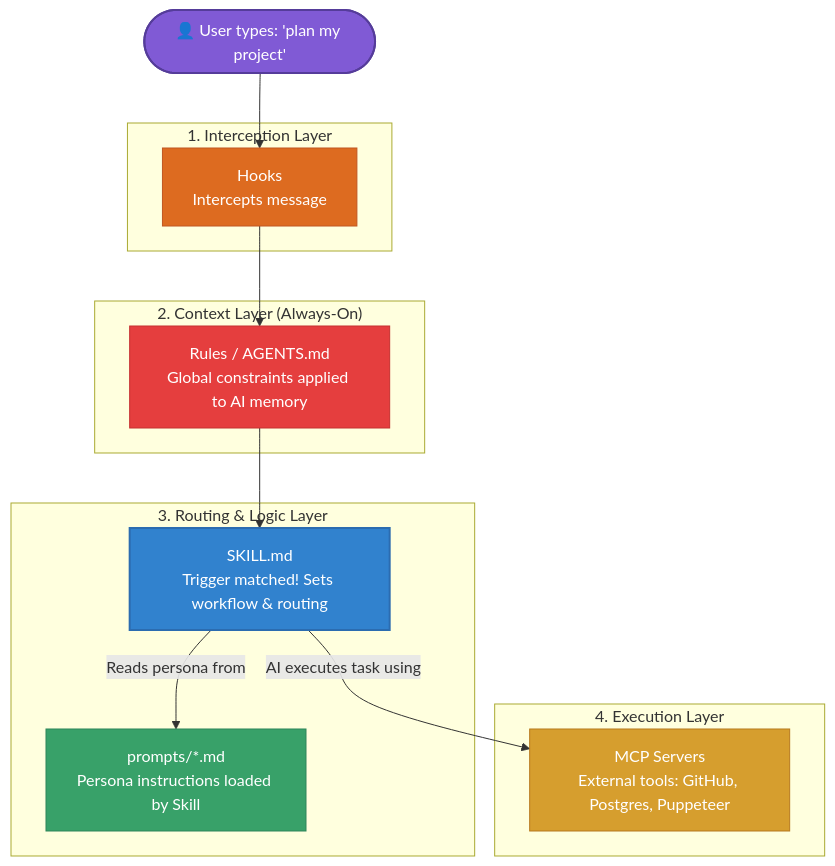
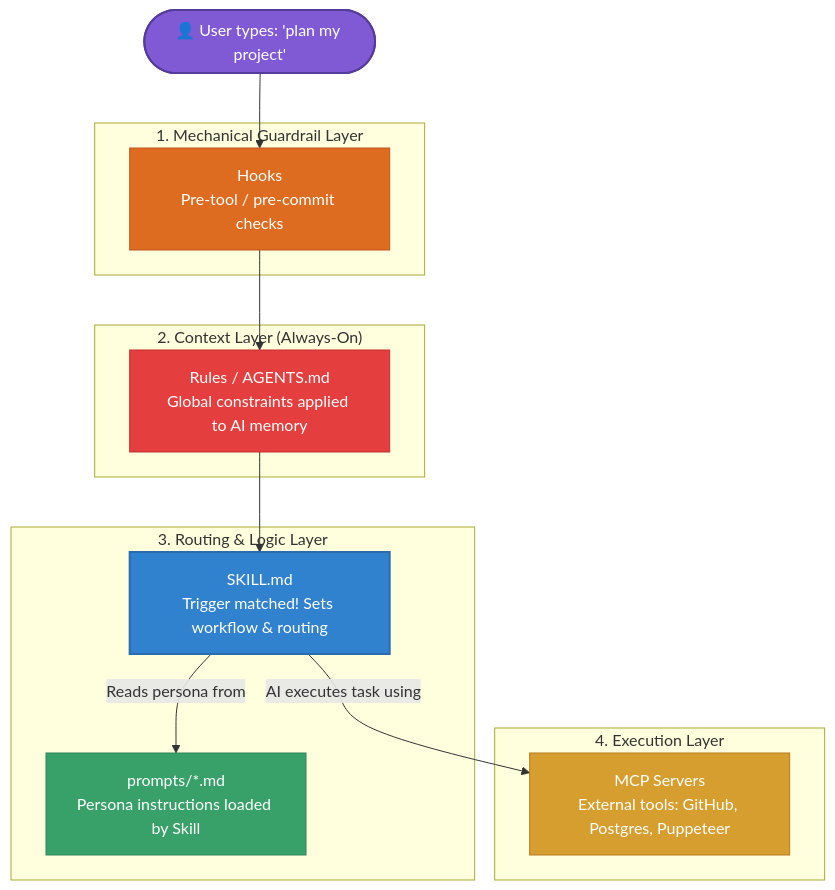
The second of 2 diagrams in README.md (vdsperera/ai-dev-pipeline), drawn with Mermaid before and after one commit. The commit also changed 7 other files, not shown here.

Commit message:
fix(docs): align hooks diagram label and add ADR-drift check to sdlc-review

````diff
--- a/README.md
+++ b/README.md
@@ -913,34 +913,34 @@
 ```mermaid
 graph TD
     classDef user fill:#805ad5,stroke:#553c9a,color:#fff,stroke-width:2px;
     classDef hook fill:#dd6b20,stroke:#c05621,color:#fff,stroke-width:1px;
     classDef rule fill:#e53e3e,stroke:#c53030,color:#fff,stroke-width:1px;
     classDef skill fill:#3182ce,stroke:#2b6cb0,color:#fff,stroke-width:2px;
     classDef prompt fill:#38a169,stroke:#2f855a,color:#fff,stroke-width:1px;
     classDef mcp fill:#d69e2e,stroke:#b7791f,color:#fff,stroke-width:1px;
 
     USER(["👤 User types: 'plan my project'"]):::user
     
-    subgraph "1. Interception Layer"
-        HOOKS[Hooks<br>Intercepts message]:::hook
+    subgraph "1. Mechanical Guardrail Layer"
+        HOOKS[Hooks<br>Pre-tool / pre-commit checks]:::hook
     end
     
     subgraph "2. Context Layer (Always-On)"
         RULES[Rules / AGENTS.md<br>Global constraints applied to AI memory]:::rule
     end
 
     subgraph "3. Routing & Logic Layer"
         SKILL[SKILL.md<br>Trigger matched! Sets workflow & routing]:::skill
         PROMPT[prompts/*.md<br>Persona instructions loaded by Skill]:::prompt
         SKILL -->|Reads persona from| PROMPT
     end
 
     subgraph "4. Execution Layer"
         MCP[MCP Servers<br>External tools: GitHub, Postgres, Puppeteer]:::mcp
     end
 
     USER --> HOOKS
     HOOKS --> RULES
     RULES --> SKILL
     SKILL -->|AI executes task using| MCP
 ```
````
